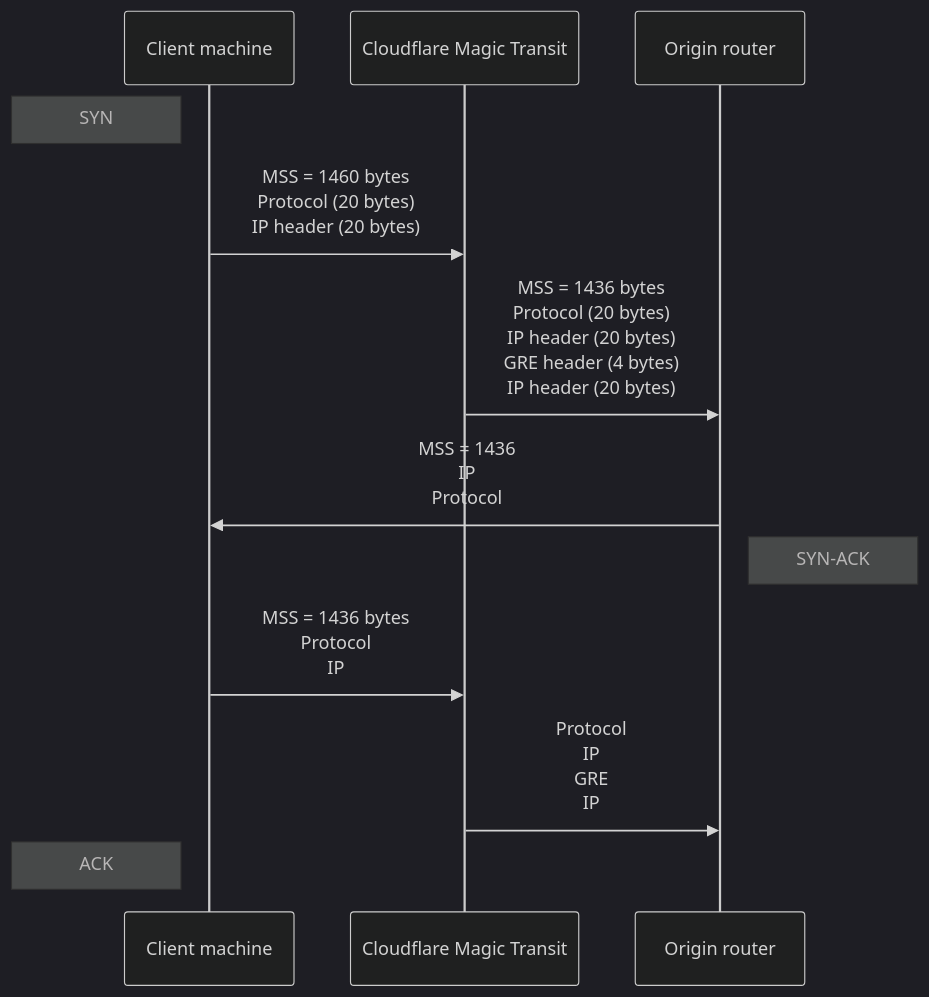
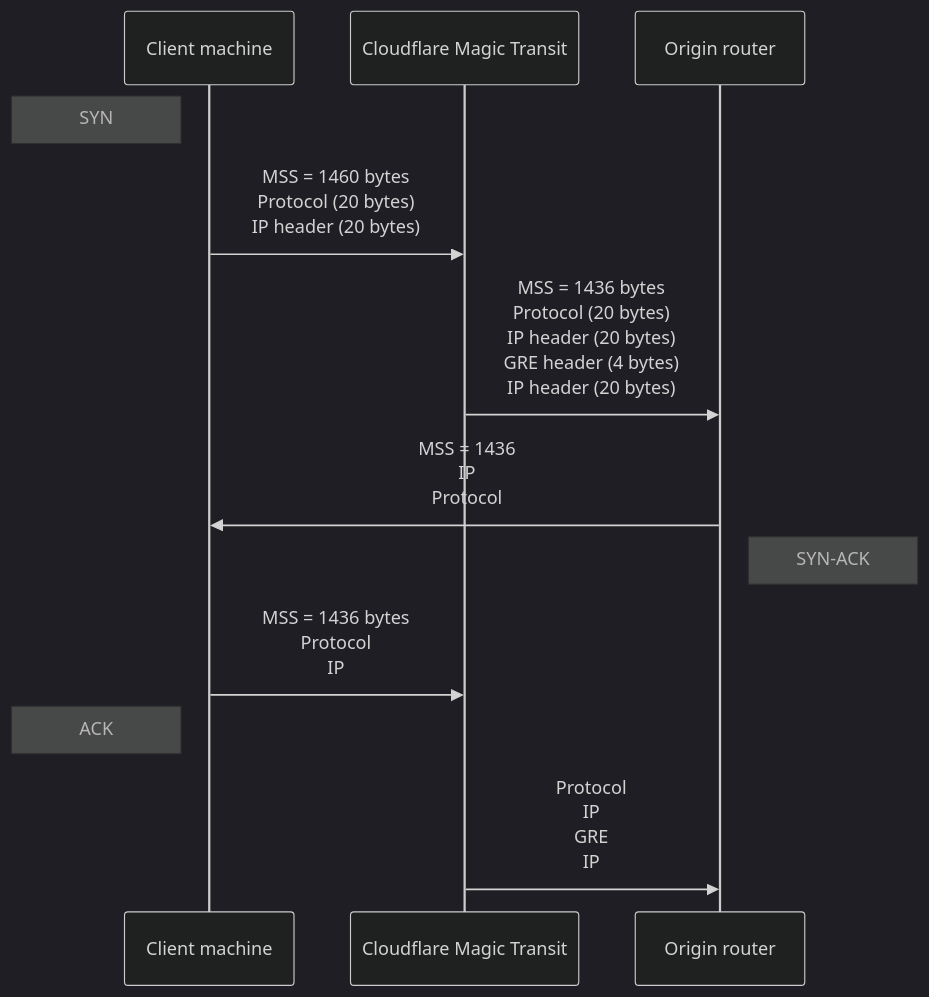
The diagram in content/magic-wan/prerequisites.md (cloudflare/cloudflare-docs), drawn with Mermaid (dark theme) before and after one commit. The commit also changed other lines of this file and 1 other file, not shown here.

````diff
--- a/content/magic-wan/prerequisites.md
+++ b/content/magic-wan/prerequisites.md
@@ -20,16 +20,16 @@
 ```mermaid
 sequenceDiagram
 accTitle: Magic WAN
 accDescr: Maximum segment size
 participant A as Client machine
 participant B as Cloudflare Magic Transit
 participant C as Origin router
 Note left of A: SYN
 A->>B: MSS = 1460 bytes <br> Protocol (20 bytes) <br> IP header (20 bytes)
 B->>C: MSS = 1436 bytes <br> Protocol (20 bytes) <br> IP header (20 bytes) <br> GRE header (4 bytes) <br> IP header (20 bytes)
 C->>A: MSS = 1436 <br> IP <br> Protocol
 Note right of C: SYN-ACK
 A->>B: MSS = 1436 bytes <br> Protocol <br> IP
+Note left of A: ACK
 B->>C: Protocol <br> IP <br> GRE <br> IP
-Note left of A: ACK
 ```
````
